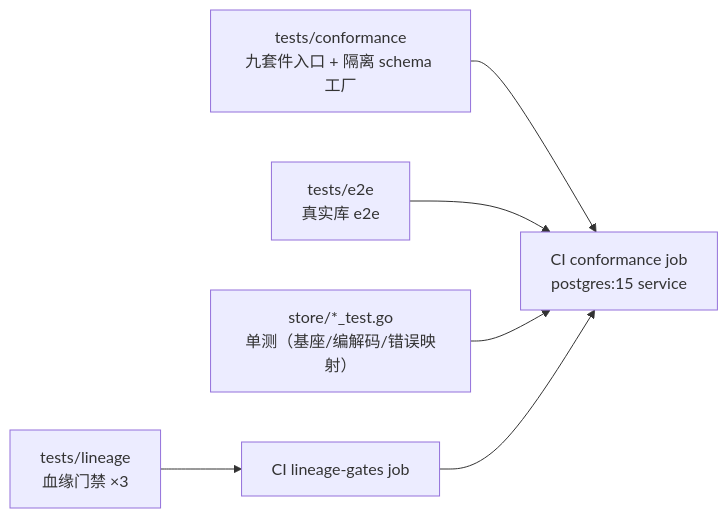
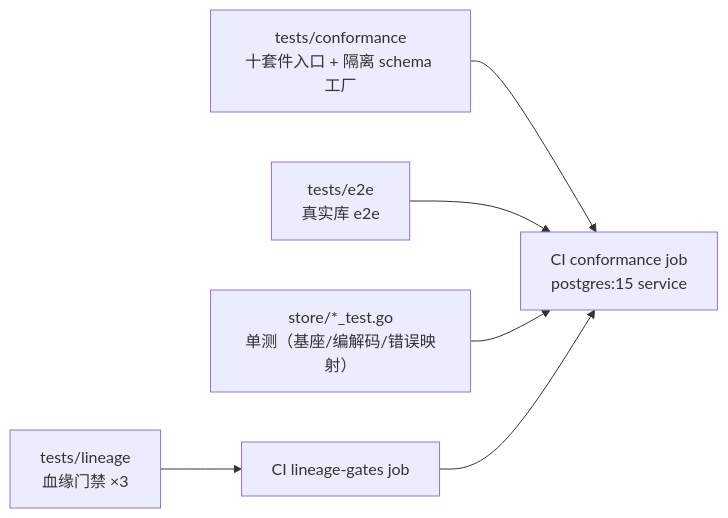
Before and after one commit to gonewx/wicket-pg: the third of 3 diagrams in docs/architecture.md, drawn with Mermaid. The commit also changed other lines of this file and 28 other files, not shown here.

````diff
--- a/docs/architecture.md
+++ b/docs/architecture.md
@@ -134,8 +136,8 @@
 ```mermaid
 flowchart LR
     L["tests/lineage<br/>血缘门禁 ×3"] --> G["CI lineage-gates job"]
-    C["tests/conformance<br/>九套件入口 + 隔离 schema 工厂"] --> G2["CI conformance job<br/>postgres:15 service"]
+    C["tests/conformance<br/>十套件入口 + 隔离 schema 工厂"] --> G2["CI conformance job<br/>postgres:15 service"]
     E["tests/e2e<br/>真实库 e2e"] --> G2
     U["store/*_test.go<br/>单测（基座/编解码/错误映射）"] --> G2
     G --> G2
 ```
````
